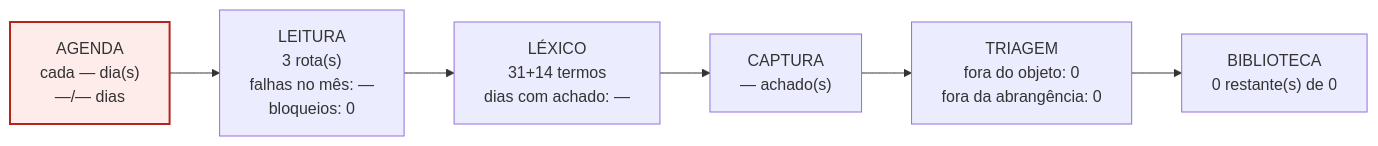
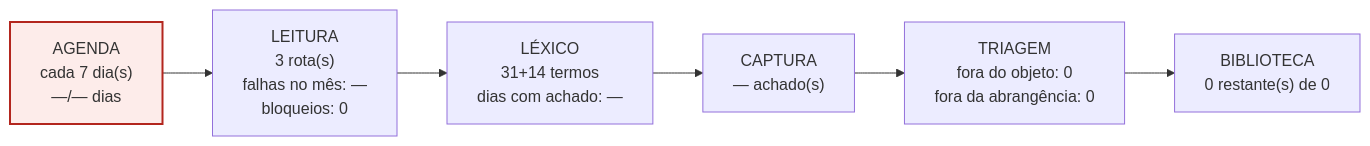
One commit to amcjardimamerica-arch/Eldorado changed diagram 29 of 30 in biblioteca_alexandria/pareceres/RELATORIO-MOTORES-INDIVIDUAL-2026-09-24.md. Above: the diagram before and after it, drawn with Mermaid. The commit also changed other lines of this file and 10 other files, not shown here.

````diff
--- a/biblioteca_alexandria/pareceres/RELATORIO-MOTORES-INDIVIDUAL-2026-09-24.md
+++ b/biblioteca_alexandria/pareceres/RELATORIO-MOTORES-INDIVIDUAL-2026-09-24.md
@@ -1083,11 +1083,11 @@
 ```mermaid
 flowchart LR
-  A["AGENDA<br/>cada — dia(s)<br/>—/— dias"]
+  A["AGENDA<br/>cada 7 dia(s)<br/>—/— dias"]
   L["LEITURA<br/>3 rota(s)<br/>falhas no mês: —<br/>bloqueios: 0"]
   X["LÉXICO<br/>31+14 termos<br/>dias com achado: —"]
   C["CAPTURA<br/>— achado(s)"]
   T["TRIAGEM<br/>fora do objeto: 0<br/>fora da abrangência: 0"]
   B["BIBLIOTECA<br/>0 restante(s) de 0"]
   A --> L --> X --> C --> T --> B
   style A fill:#FDECEA,stroke:#B3261E,stroke-width:2px
 ```
````
